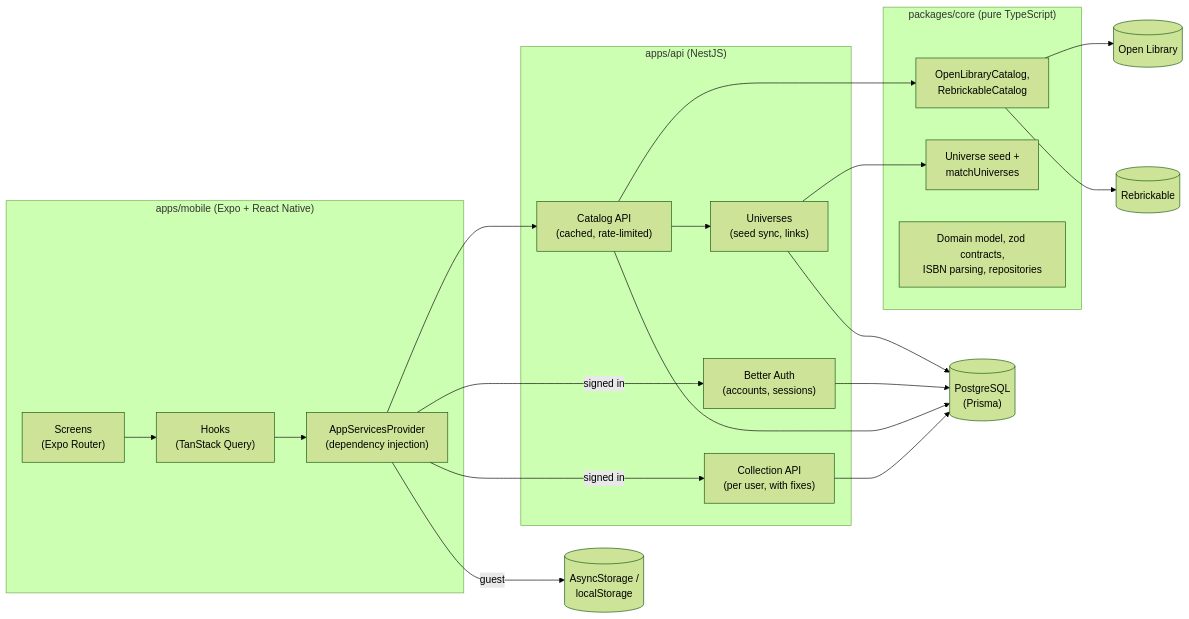
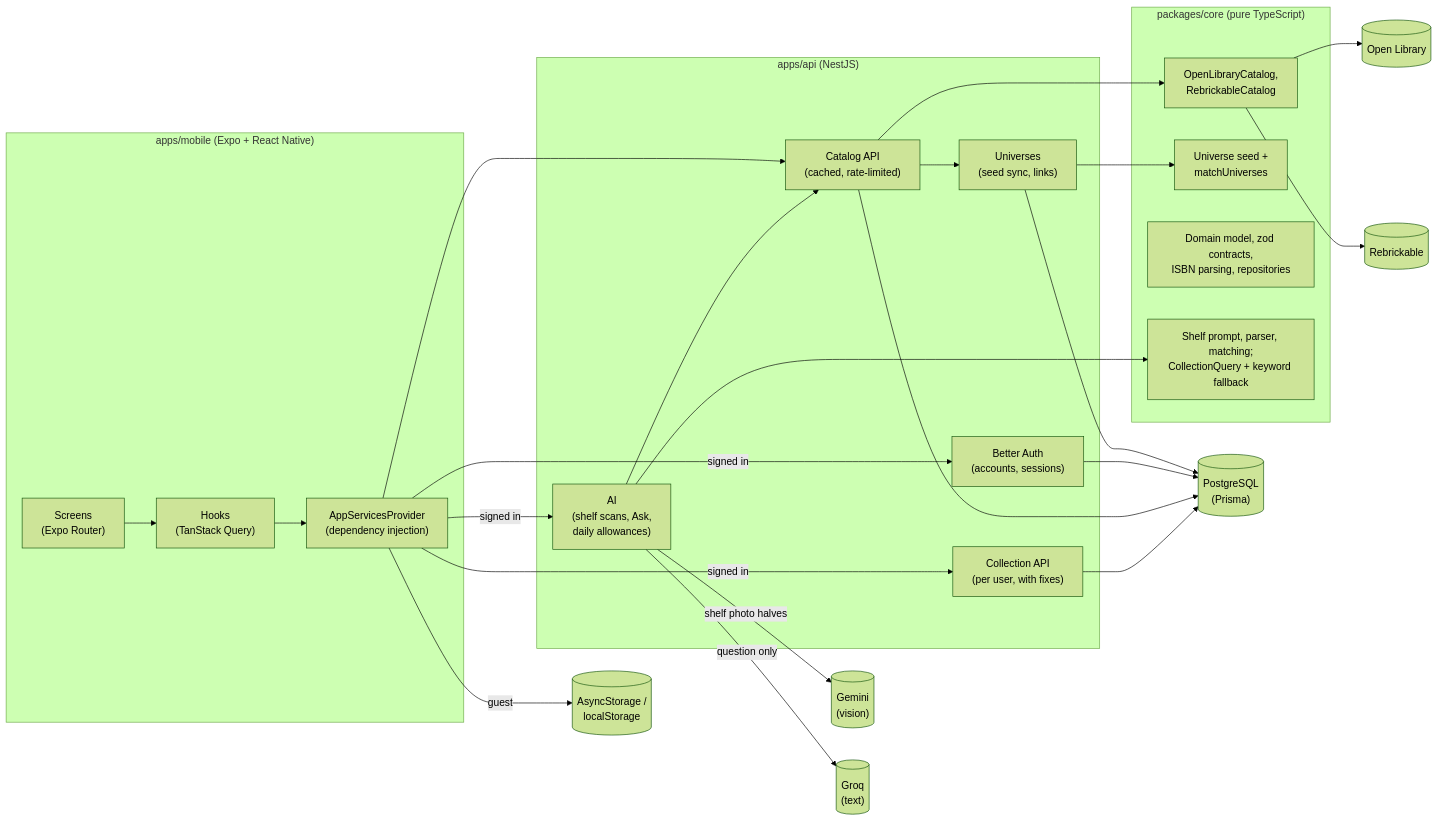
One commit to sbm2310/fandex changed the diagram in README.md. Above: the diagram before and after it, drawn with Mermaid (forest theme). The commit also changed other lines of this file and 8 other files, not shown here.

````diff
--- a/README.md
+++ b/README.md
@@ -57,31 +65,38 @@
 ```mermaid
 flowchart LR
   subgraph app["apps/mobile (Expo + React Native)"]
     screens["Screens<br/>(Expo Router)"] --> hooks["Hooks<br/>(TanStack Query)"]
     hooks --> services["AppServicesProvider<br/>(dependency injection)"]
   end
   subgraph api["apps/api (NestJS)"]
     auth["Better Auth<br/>(accounts, sessions)"]
     catalogApi["Catalog API<br/>(cached, rate-limited)"]
     collectionApi["Collection API<br/>(per user, with fixes)"]
     universeApi["Universes<br/>(seed sync, links)"]
+    aiApi["AI<br/>(shelf scans, Ask,<br/>daily allowances)"]
   end
   subgraph core["packages/core (pure TypeScript)"]
     adapters["OpenLibraryCatalog,<br/>RebrickableCatalog"]
     universes["Universe seed +<br/>matchUniverses"]
     domain["Domain model, zod contracts,<br/>ISBN parsing, repositories"]
+    aiCore["Shelf prompt, parser, matching;<br/>CollectionQuery + keyword fallback"]
   end
   services -->|"signed in"| auth
   services --> catalogApi
+  services -->|"signed in"| aiApi
+  aiApi --> aiCore
+  aiApi --> catalogApi
+  aiApi -->|"shelf photo halves"| gemini[("Gemini<br/>(vision)")]
+  aiApi -->|"question only"| groq[("Groq<br/>(text)")]
   services -->|"signed in"| collectionApi
   services -->|"guest"| kv[("AsyncStorage /<br/>localStorage")]
   catalogApi --> adapters
   catalogApi --> universeApi
   universeApi --> universes
   universeApi --> pg
   adapters --> ol[("Open Library")]
   adapters --> rb[("Rebrickable")]
   auth --> pg[("PostgreSQL<br/>(Prisma)")]
   catalogApi --> pg
   collectionApi --> pg
 ```
````
